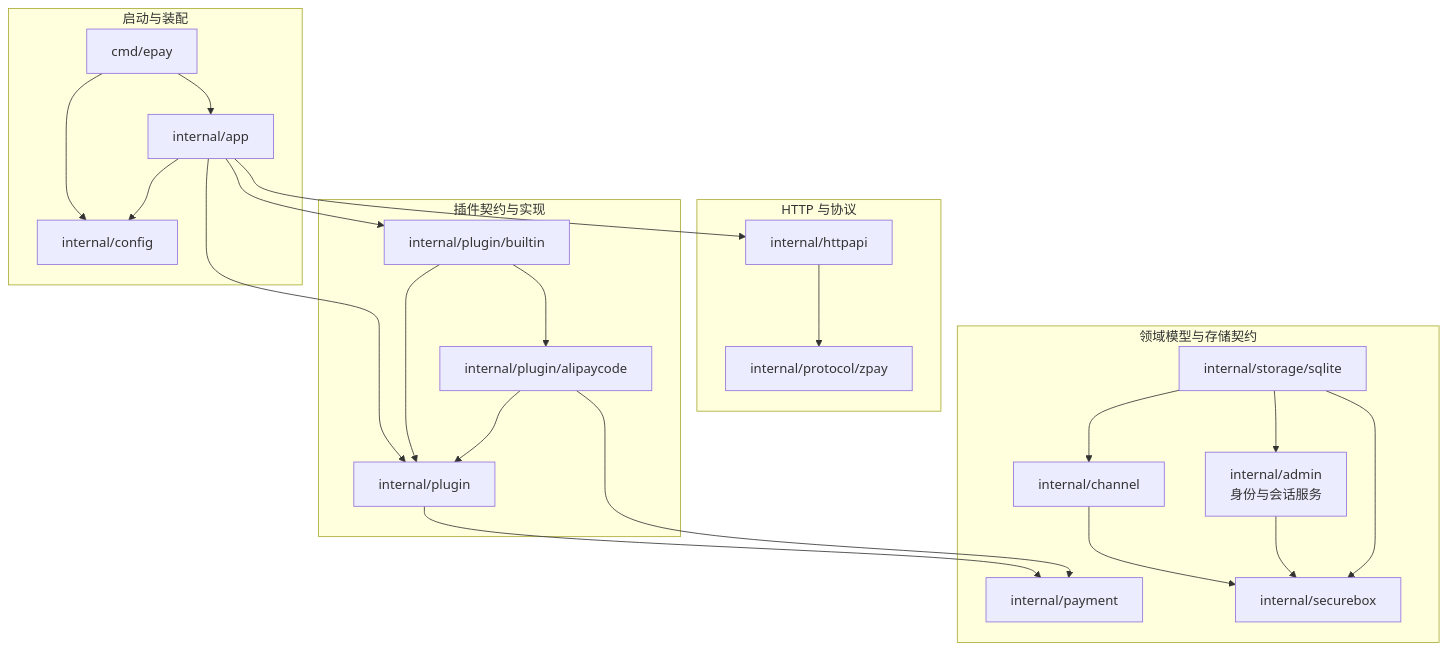
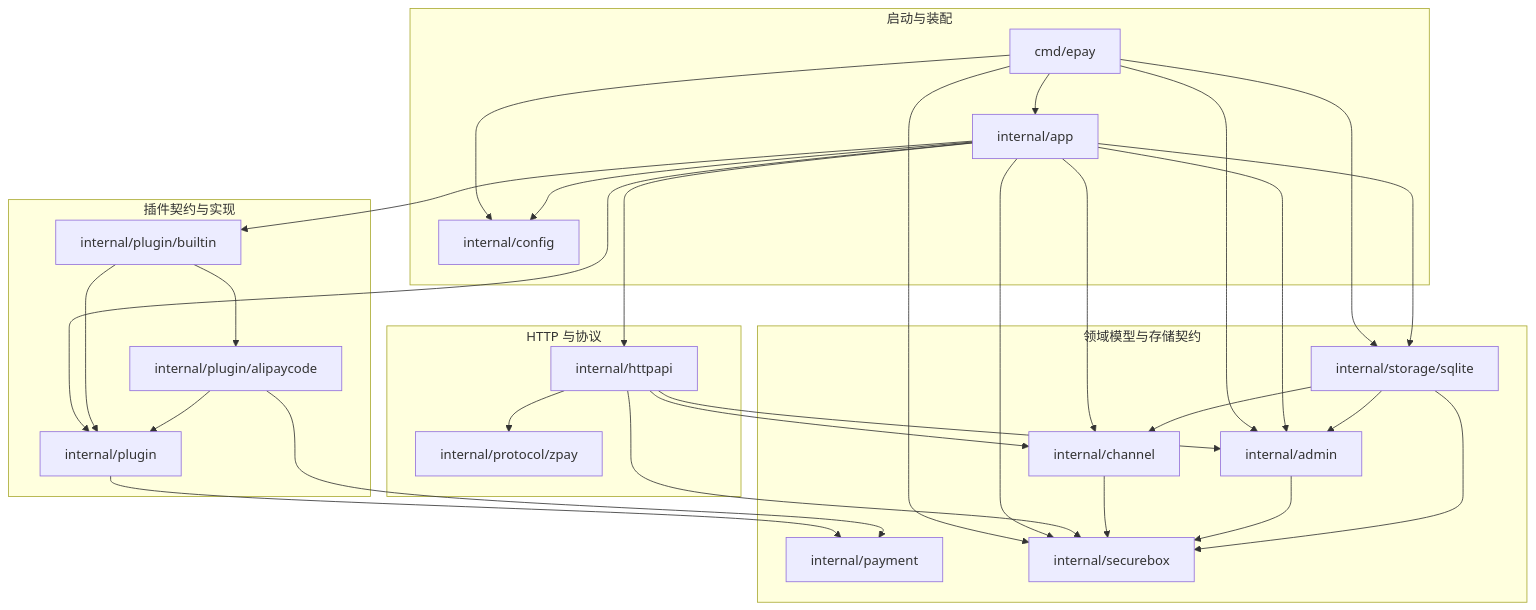
Before and after one commit to forza0310/Epay-go: the first of 3 diagrams in docs/architecture.md, drawn with Mermaid. The commit also changed other lines of this file and 19 other files, not shown here.

````diff
--- a/docs/architecture.md
+++ b/docs/architecture.md
@@ -34,45 +34,55 @@
 ```mermaid
 flowchart TB
     subgraph Bootstrap["启动与装配"]
         Main["cmd/epay"]
         App["internal/app"]
         Config["internal/config"]
     end
 
     subgraph HTTP["HTTP 与协议"]
         Handler["internal/httpapi"]
         Zpay["internal/protocol/zpay"]
     end
 
     subgraph Plugins["插件契约与实现"]
         Registry["internal/plugin"]
         Builtin["internal/plugin/builtin"]
         Alipaycode["internal/plugin/alipaycode"]
     end
 
     subgraph Domain["领域模型与存储契约"]
         Payment["internal/payment"]
         Channel["internal/channel"]
-        Admin["internal/admin<br/>身份与会话服务"]
+        Admin["internal/admin"]
         Securebox["internal/securebox"]
         SQLite["internal/storage/sqlite"]
     end
 
     Main --> App
     Main --> Config
+    Main --> Admin
+    Main --> SQLite
+    Main --> Securebox
     App --> Config
     App --> Handler
+    App --> Admin
+    App --> Channel
+    App --> SQLite
+    App --> Securebox
     App --> Registry
     App --> Builtin
     Builtin --> Registry
     Builtin --> Alipaycode
     Handler --> Zpay
+    Handler --> Admin
+    Handler --> Channel
+    Handler --> Securebox
     Registry --> Payment
     Alipaycode --> Registry
     Alipaycode --> Payment
     Channel --> Securebox
     Admin --> Securebox
     SQLite --> Admin
     SQLite --> Channel
     SQLite --> Securebox
 ```
````
